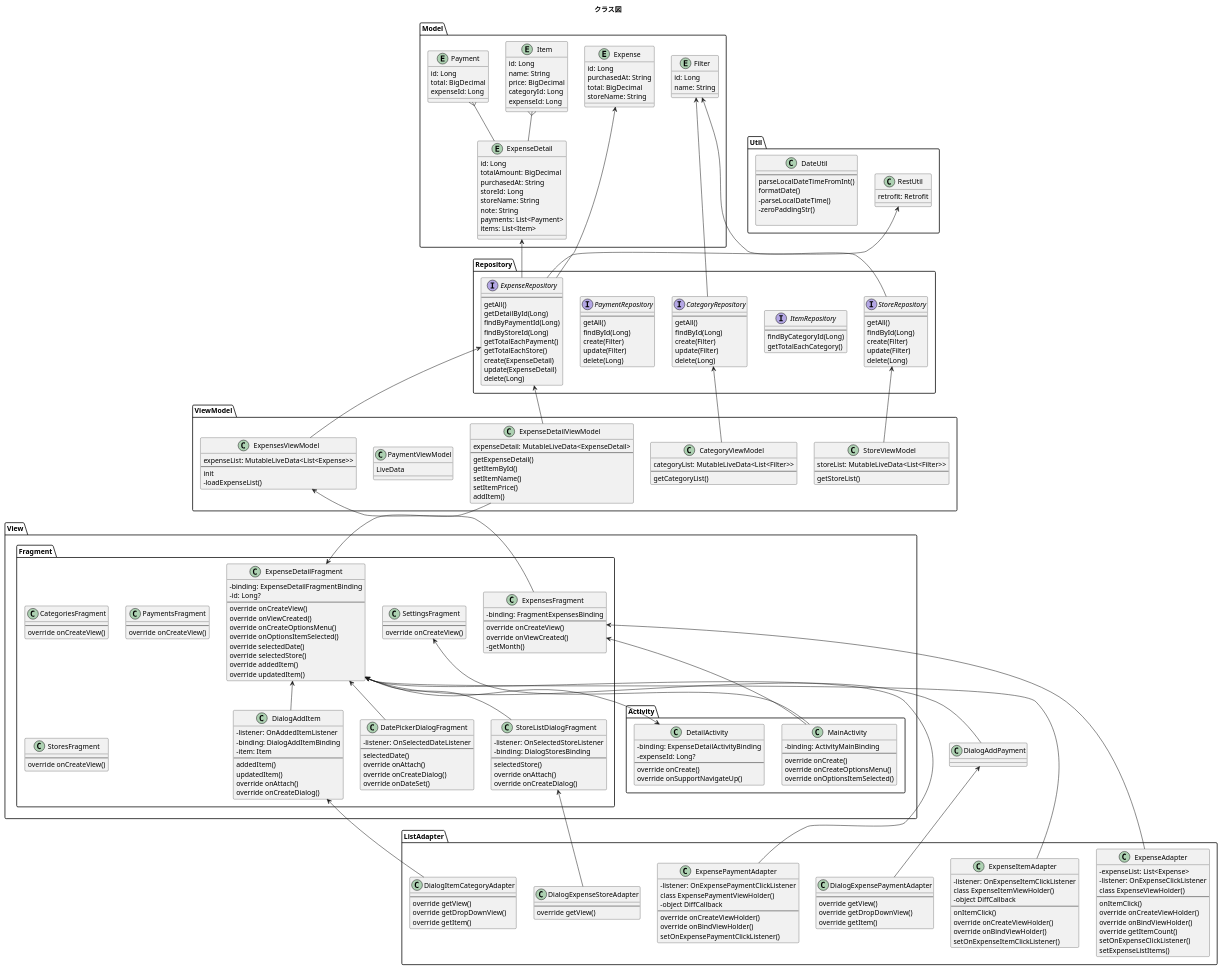
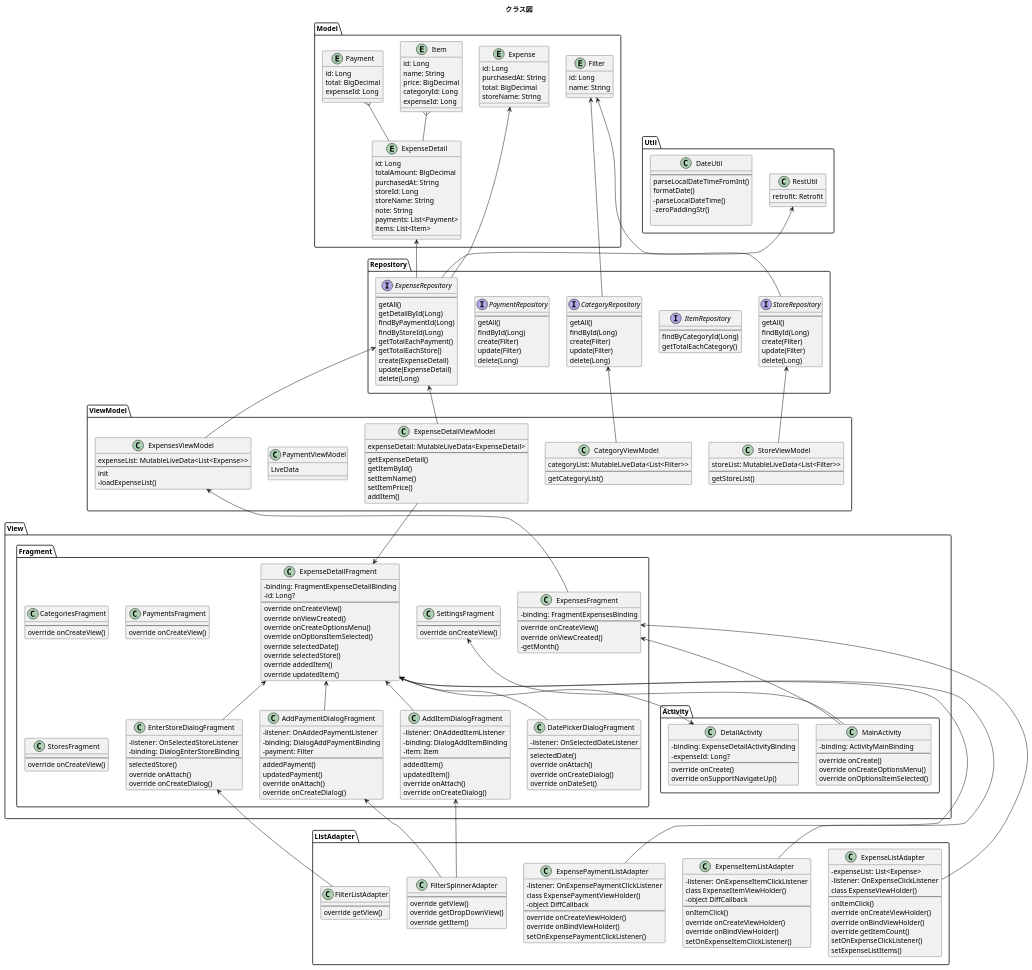
The diagram in docs/クラス図.pu (avitim/AccountBookForMe_android), drawn with PlantUML before and after one commit. The commit also changed 18 other files, not shown here.

Commit message:
[update] 支払い入力ダイアログ作成、カテゴリ・決済方法のIDから名称表記に変更、スピナーのデフォルト値を設定、クラス図更新

```diff
--- a/docs/クラス図.pu
+++ b/docs/クラス図.pu
@@ -139,7 +139,7 @@
 
 package ListAdapter {
 
-    class ExpenseAdapter {
+    class ExpenseListAdapter {
         - expenseList: List<Expense>
         - listener: OnExpenseClickListener
         class ExpenseViewHolder()
@@ -152,7 +152,7 @@
         setExpenseListItems()
     }
 
-    class ExpenseItemAdapter {
+    class ExpenseItemListAdapter {
         - listener: OnExpenseItemClickListener
         class ExpenseItemViewHolder()
         - object DiffCallback
@@ -163,7 +163,7 @@
         setOnExpenseItemClickListener()
     }
 
-    class ExpensePaymentAdapter {
+    class ExpensePaymentListAdapter {
         - listener: OnExpensePaymentClickListener
         class ExpensePaymentViewHolder()
         - object DiffCallback
@@ -173,23 +173,16 @@
         setOnExpensePaymentClickListener()
     }
 
-    class DialogItemCategoryAdapter {
+    class FilterSpinnerAdapter {
         --
         override getView()
         override getDropDownView()
         override getItem()
     }
 
-    class DialogExpenseStoreAdapter {
+    class FilterListAdapter {
         --
         override getView()        
-    }
-
-    class DialogExpensePaymentAdapter {
-        --
-        override getView()
-        override getDropDownView()
-        override getItem()
     }
 
 }
@@ -227,7 +220,7 @@
         }
 
         class ExpenseDetailFragment {
-            - binding: ExpenseDetailFragmentBinding
+            - binding: FragmentExpenseDetailBinding
             - id: Long?
             --
             override onCreateView()
@@ -249,7 +242,16 @@
             override onDateSet()
         }
 
-        class DialogAddItem {
+        class EnterStoreDialogFragment {
+            - listener: OnSelectedStoreListener
+            - binding: DialogEnterStoreBinding
+            --
+            selectedStore()
+            override onAttach()
+            override onCreateDialog()
+        }
+
+        class AddItemDialogFragment {
             - listener: OnAddedItemListener
             - binding: DialogAddItemBinding
             - item: Item
@@ -260,11 +262,13 @@
             override onCreateDialog()
         }
 
-        class StoreListDialogFragment {
-            - listener: OnSelectedStoreListener
-            - binding: DialogStoresBinding
+        class AddPaymentDialogFragment {
+            - listener: OnAddedPaymentListener
+            - binding: DialogAddPaymentBinding
+            - payment: Filter
             --
-            selectedStore()
+            addedPayment()
+            updatedPayment()
             override onAttach()
             override onCreateDialog()
         }
@@ -315,21 +319,21 @@
 Expense <-- ExpenseRepository
 ExpenseRepository <-- ExpensesViewModel
 ExpensesViewModel <-- ExpensesFragment
-ExpensesFragment <-- ExpenseAdapter
+ExpensesFragment <-- ExpenseListAdapter
 ExpensesFragment <-- MainActivity
 
 ' ExpenseDetail
 ExpenseDetail <-- ExpenseRepository
 ExpenseRepository <-- ExpenseDetailViewModel
 ExpenseDetailFragment <-- ExpenseDetailViewModel
-ExpenseDetailFragment <-- ExpenseItemAdapter
-ExpenseDetailFragment <-- ExpensePaymentAdapter
-StoreListDialogFragment <-- DialogExpenseStoreAdapter
-DialogAddItem <-- DialogItemCategoryAdapter
-DialogAddPayment <-- DialogExpensePaymentAdapter
-ExpenseDetailFragment <-- StoreListDialogFragment
-ExpenseDetailFragment <-- DialogAddItem
-ExpenseDetailFragment <-- DialogAddPayment
+ExpenseDetailFragment <-- ExpenseItemListAdapter
+ExpenseDetailFragment <-- ExpensePaymentListAdapter
+EnterStoreDialogFragment <-- FilterListAdapter
+AddItemDialogFragment <-- FilterSpinnerAdapter
+AddPaymentDialogFragment <-- FilterSpinnerAdapter
+ExpenseDetailFragment <-- EnterStoreDialogFragment
+ExpenseDetailFragment <-- AddItemDialogFragment
+ExpenseDetailFragment <-- AddPaymentDialogFragment
 ExpenseDetailFragment <-- DatePickerDialogFragment
 DetailActivity <-- ExpenseDetailFragment
 
```
